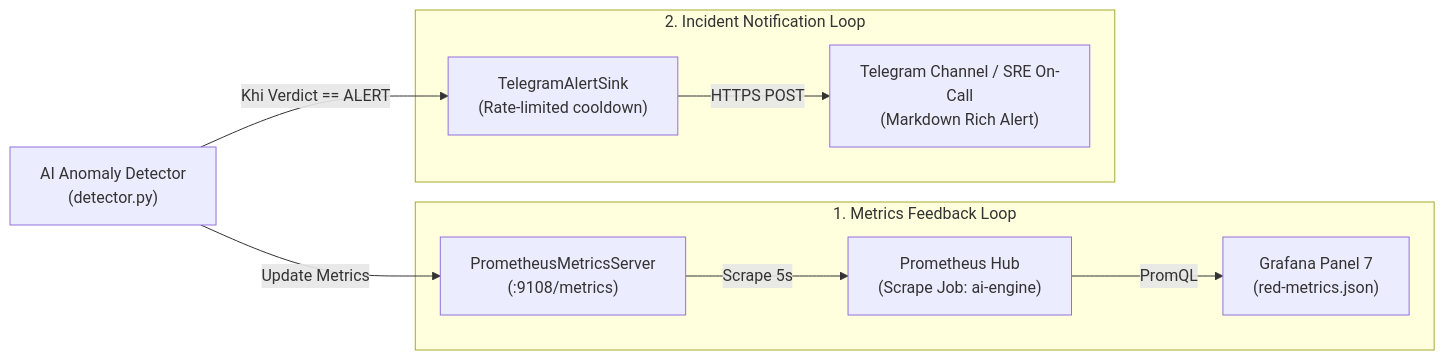
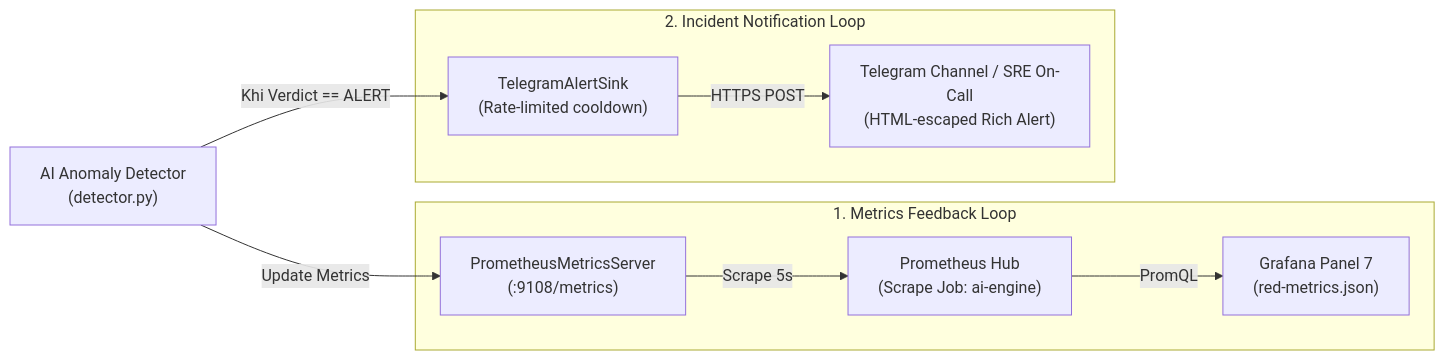
Before and after one commit to nnviet23/multicloud-monitoring: the third of 3 diagrams in docs/progress/04_ai_engine.md, drawn with Mermaid. The commit also changed 8 other files, not shown here.

````diff
--- a/docs/progress/04_ai_engine.md
+++ b/docs/progress/04_ai_engine.md
@@ -258,22 +258,22 @@
 ```mermaid
 flowchart LR
     AIEngine["AI Anomaly Detector<br/>(detector.py)"]
     
     subgraph ExporterPlane["1. Metrics Feedback Loop"]
         PromServer["PrometheusMetricsServer<br/>(:9108/metrics)"]
         PrometheusHub["Prometheus Hub<br/>(Scrape Job: ai-engine)"]
         GrafanaUI["Grafana Panel 7<br/>(red-metrics.json)"]
     end
 
     subgraph NotificationPlane["2. Incident Notification Loop"]
         TelegramSink["TelegramAlertSink<br/>(Rate-limited cooldown)"]
-        TelegramBot["Telegram Channel / SRE On-Call<br/>(Markdown Rich Alert)"]
+        TelegramBot["Telegram Channel / SRE On-Call<br/>(HTML-escaped Rich Alert)"]
     end
 
     AIEngine -->|Update Metrics| PromServer
     PromServer -->|Scrape 5s| PrometheusHub
     PrometheusHub -->|PromQL| GrafanaUI
 
     AIEngine -->|Khi Verdict == ALERT| TelegramSink
     TelegramSink -->|HTTPS POST| TelegramBot
 ```
````
